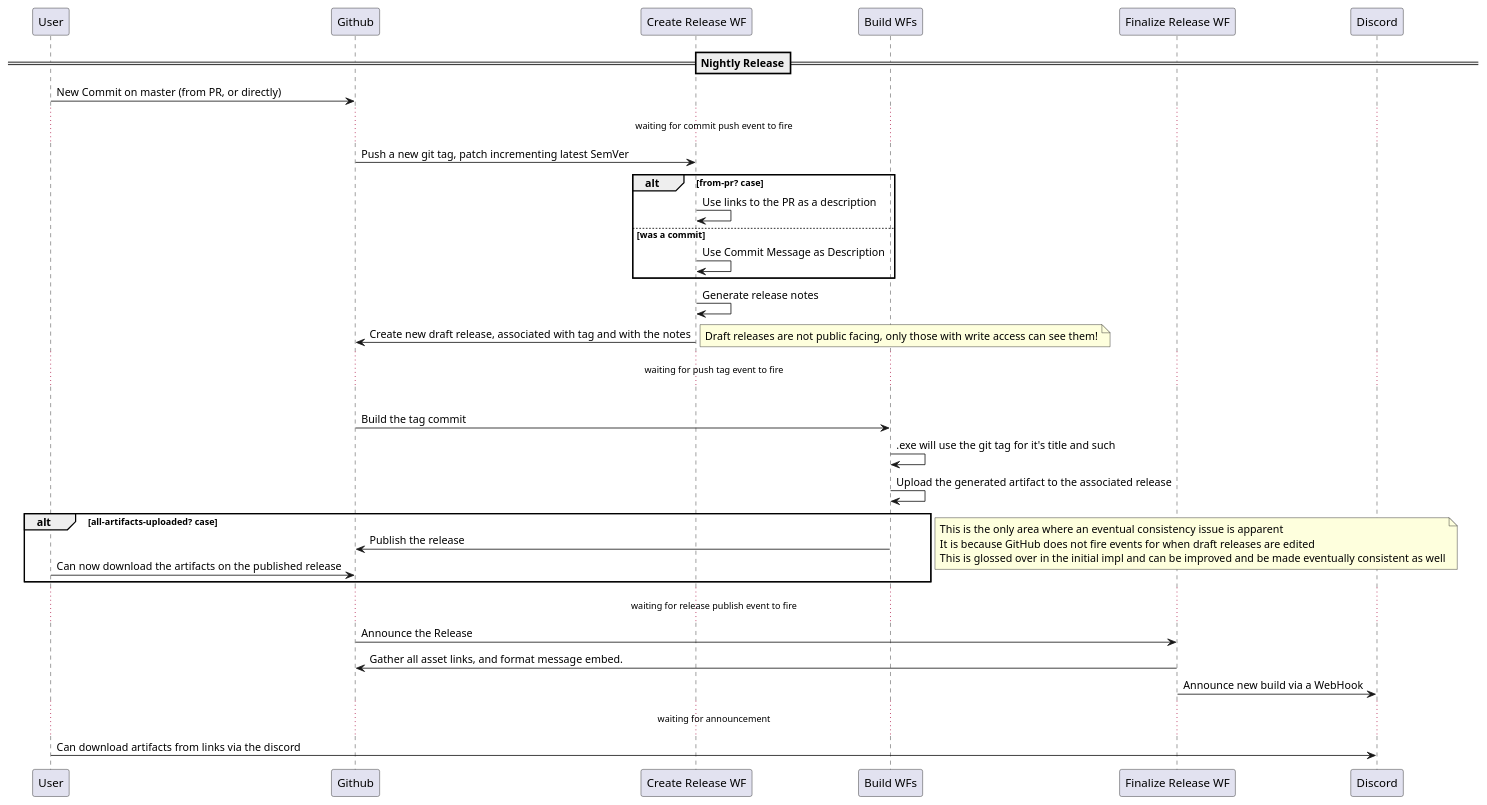
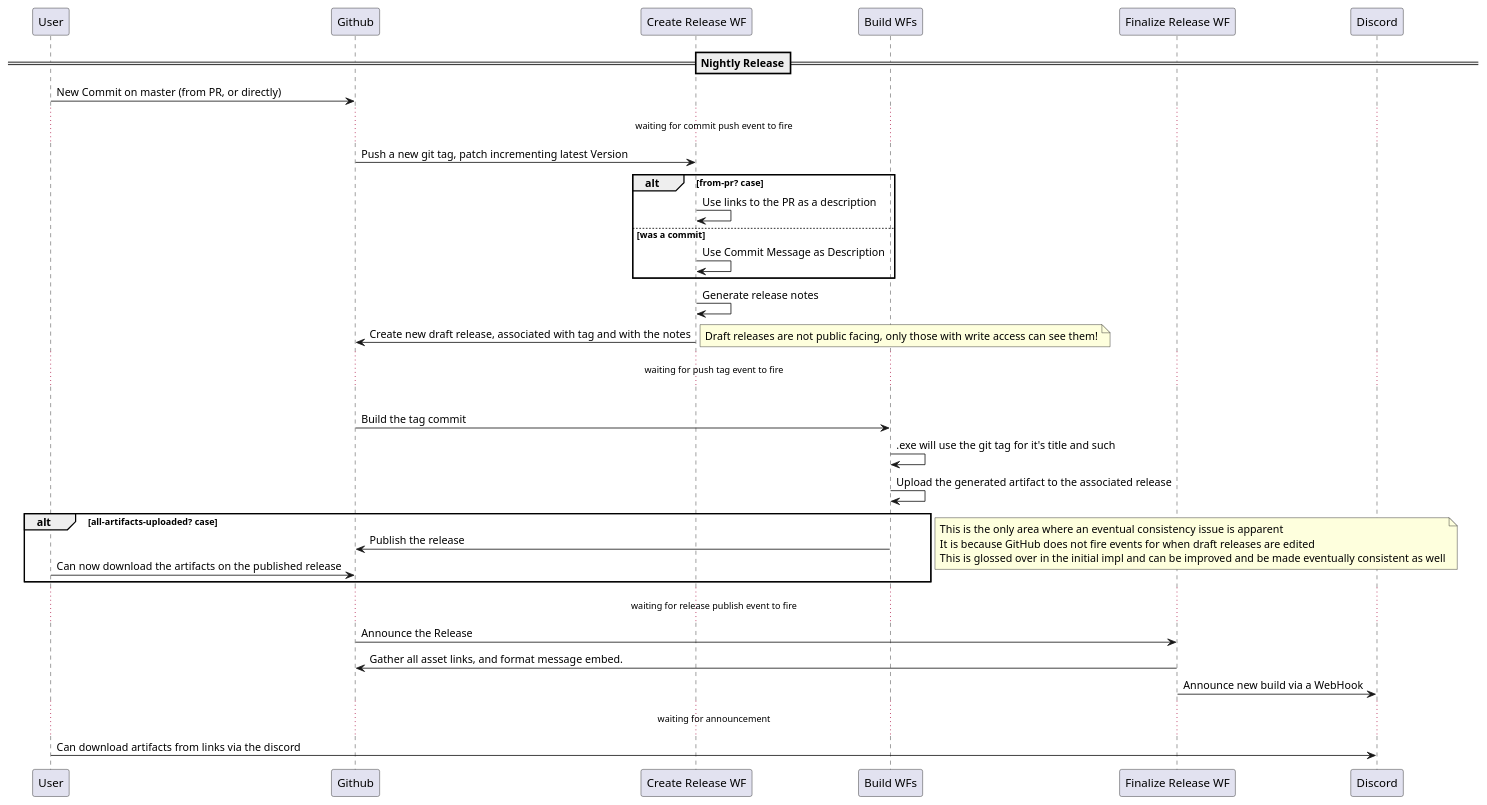
The diagram in .github/workflows/architecture/release-process.puml (PCSX2/pcsx2), drawn with PlantUML before and after one commit. The commit also changed 6 other files, not shown here.

```diff
--- a/.github/workflows/architecture/release-process.puml
+++ b/.github/workflows/architecture/release-process.puml
@@ -1,47 +1,47 @@
 @startuml
 participant User as user
 participant Github as github
 participant "Create Release WF" as create
 participant "Build WFs" as build
 participant "Finalize Release WF" as finalize
 participant Discord as discord
 
 ==Nightly Release==
 
 user -> github : New Commit on master (from PR, or directly)
 ...waiting for commit push event to fire...
-github -> create : Push a new git tag, patch incrementing latest SemVer
+github -> create : Push a new git tag, patch incrementing latest Version
 alt from-pr? case
     create -> create : Use links to the PR as a description
 else was a commit
     create -> create : Use Commit Message as Description
 end
 create -> create : Generate release notes
 create -> github : Create new draft release, associated with tag and with the notes
 note right
 Draft releases are not public facing, only those with write access can see them!
 end note
 ...waiting for push tag event to fire...
 loop for all build workflows
 github -> build : Build the tag commit
 build -> build : .exe will use the git tag for it's title and such
 build -> build : Upload the generated artifact to the associated release
 alt all-artifacts-uploaded? case
   build -> github : Publish the release
   user -> github : Can now download the artifacts on the published release
 end
 note right 
 This is the only area where an eventual consistency issue is apparent
 It is because GitHub does not fire events for when draft releases are edited
 This is glossed over in the initial impl and can be improved and be made eventually consistent as well
 end note
 
 
 ...waiting for release publish event to fire...
 github -> finalize : Announce the Release
 finalize -> github : Gather all asset links, and format message embed.
 finalize -> discord : Announce new build via a WebHook
 
 ...waiting for announcement...
 user -> discord : Can download artifacts from links via the discord
 @enduml
```
